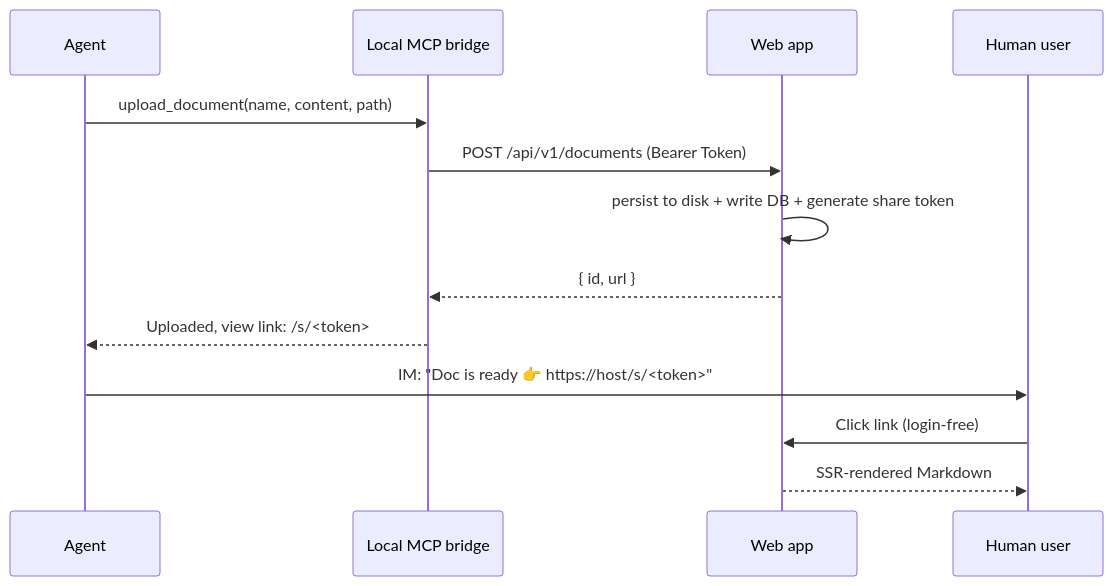
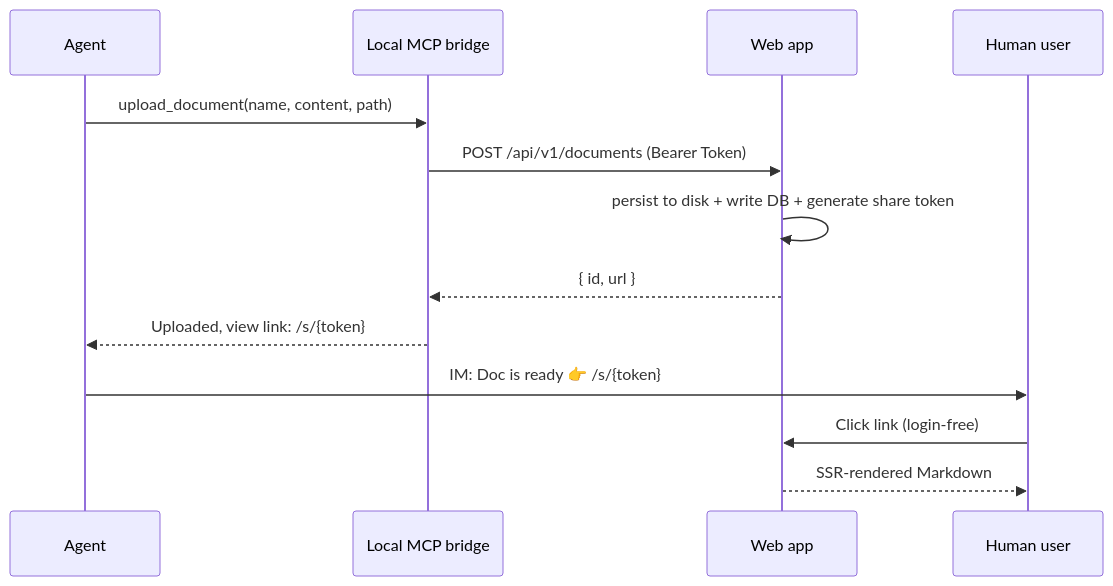
One commit to earneet/remote-reader changed the diagram in README.en.md. Above: the diagram before and after it, drawn with Mermaid. The commit also changed 1 other file, not shown here.

Commit message:
fix(docs): README mermaid 序列图改写避开 GitHub 渲染失败
GitHub 端渲染 README 架构图报 "svg element not in render tree"。
最可能来自 viewscreen 渲染管线对 message 文本里裸尖括号
<token>（HTML-like 标签）与外部 URL 的敏感。改：
- /s/<token> → /s/{token}（去裸尖括号）
- 去掉消息内 https://host 外部 URL 与双引号
保留 emoji（实测无害）；语义不变。
mermaid 10.1.0~11.4.0 实测均正常渲染。

````diff
--- a/README.en.md
+++ b/README.en.md
@@ -22,16 +22,16 @@
 ```mermaid
 sequenceDiagram
     participant Agent
     participant Bridge as Local MCP bridge
     participant Web as Web app
     participant User as Human user
 
     Agent->>Bridge: upload_document(name, content, path)
     Bridge->>Web: POST /api/v1/documents (Bearer Token)
     Web->>Web: persist to disk + write DB + generate share token
     Web-->>Bridge: { id, url }
-    Bridge-->>Agent: Uploaded, view link: /s/<token>
-    Agent->>User: IM: "Doc is ready 👉 https://host/s/<token>"
+    Bridge-->>Agent: Uploaded, view link: /s/{token}
+    Agent->>User: IM: Doc is ready 👉 /s/{token}
     User->>Web: Click link (login-free)
     Web-->>User: SSR-rendered Markdown
 ```
````
